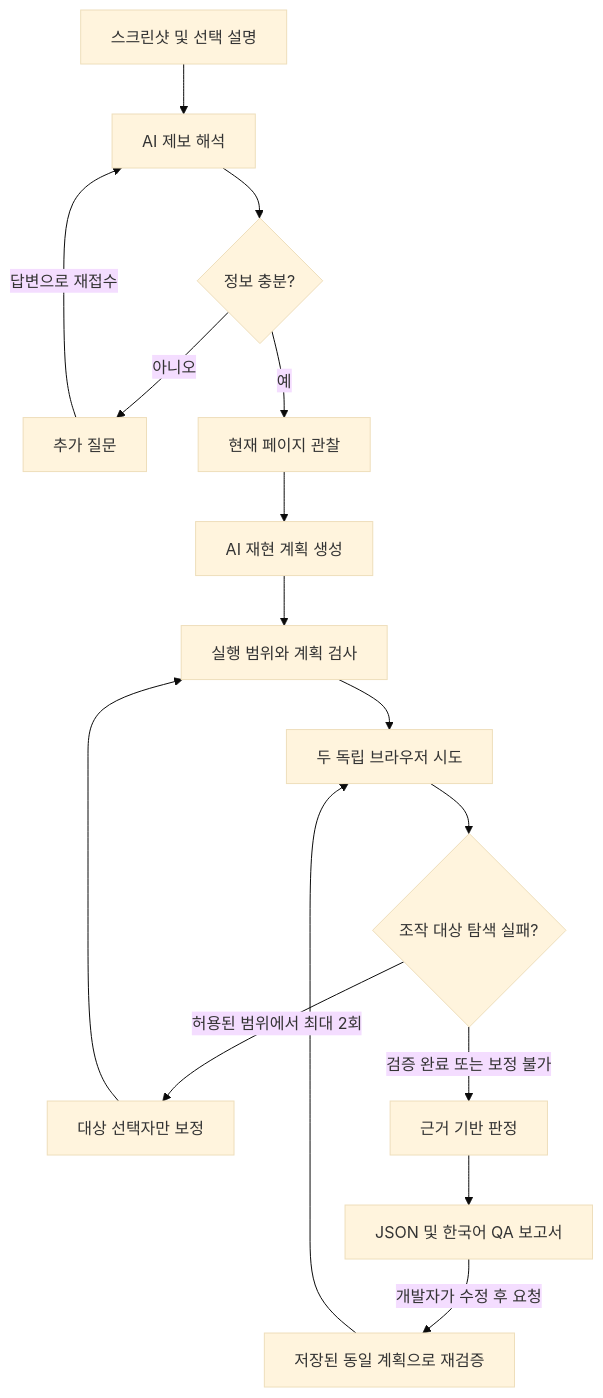
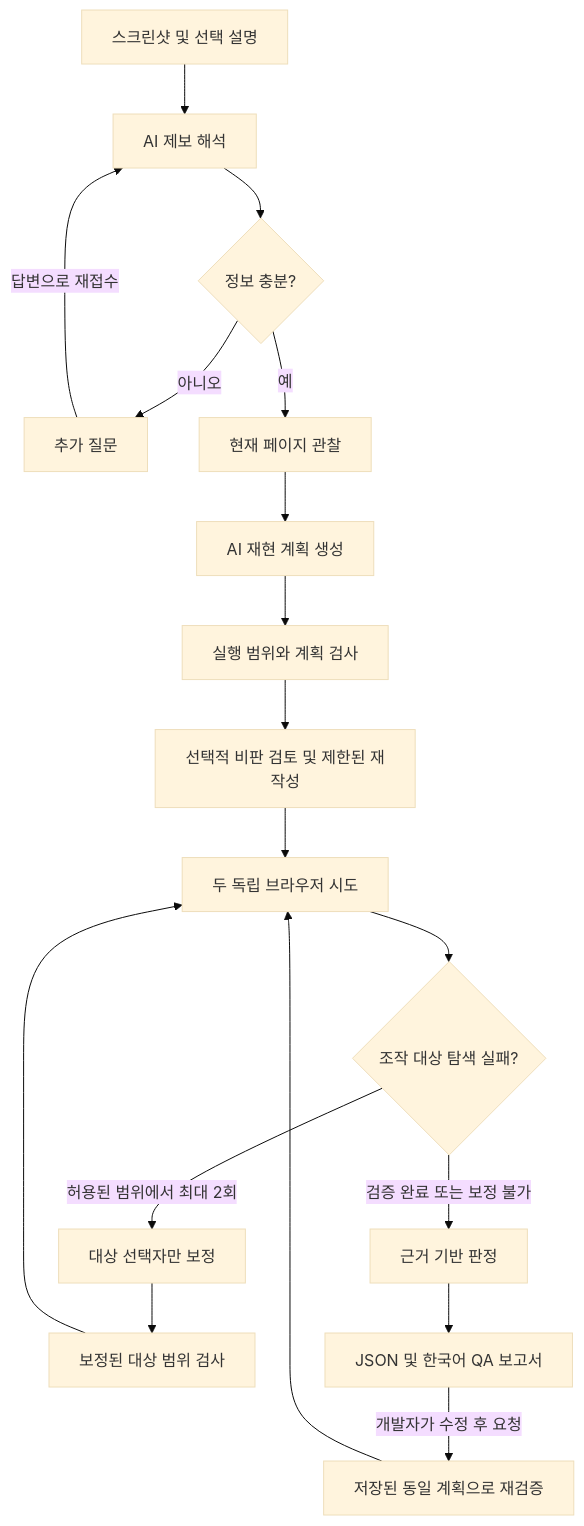
One commit to team-METAPHOR/Core_engine changed the diagram in README.md. Above: the diagram before and after it, drawn with Mermaid (base theme). The commit also changed other lines of this file and 20 other files, not shown here.

````diff
--- a/README.md
+++ b/README.md
@@ -9,18 +9,20 @@
 ```mermaid
 flowchart TD
     A[스크린샷 및 선택 설명] --> B[AI 제보 해석]
     B --> C{정보 충분?}
     C -->|아니오| D[추가 질문]
     D -->|답변으로 재접수| B
     C -->|예| E[현재 페이지 관찰]
     E --> F[AI 재현 계획 생성]
     F --> G[실행 범위와 계획 검사]
-    G --> H[두 독립 브라우저 시도]
+    G --> R[선택적 비판 검토 및 제한된 재작성]
+    R --> H[두 독립 브라우저 시도]
     H --> I{조작 대상 탐색 실패?}
     I -->|허용된 범위에서 최대 2회| J[대상 선택자만 보정]
-    J --> G
+    J --> N[보정된 대상 범위 검사]
+    N --> H
     I -->|검증 완료 또는 보정 불가| K[근거 기반 판정]
     K --> L[JSON 및 한국어 QA 보고서]
     L -->|개발자가 수정 후 요청| M[저장된 동일 계획으로 재검증]
     M --> H
 ```
````
